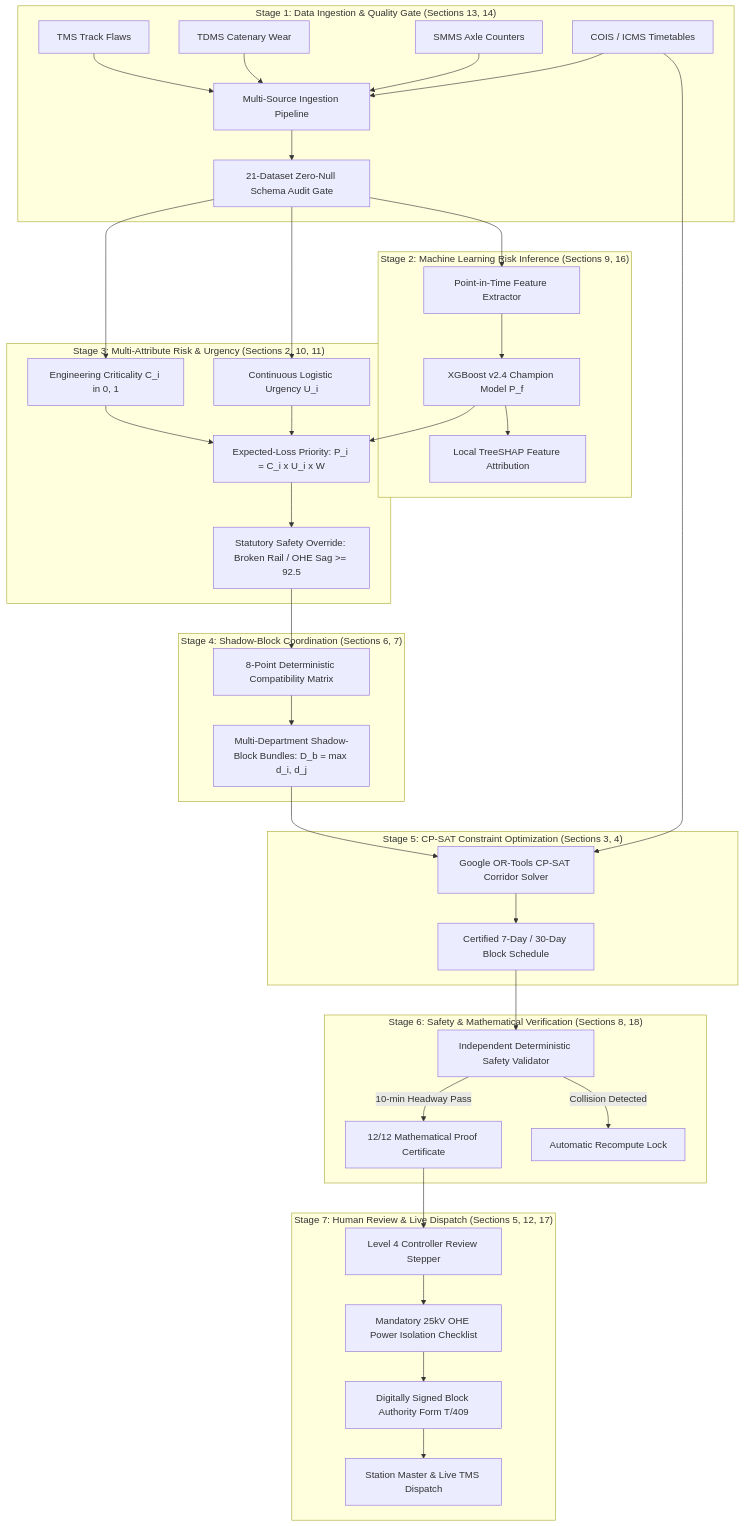
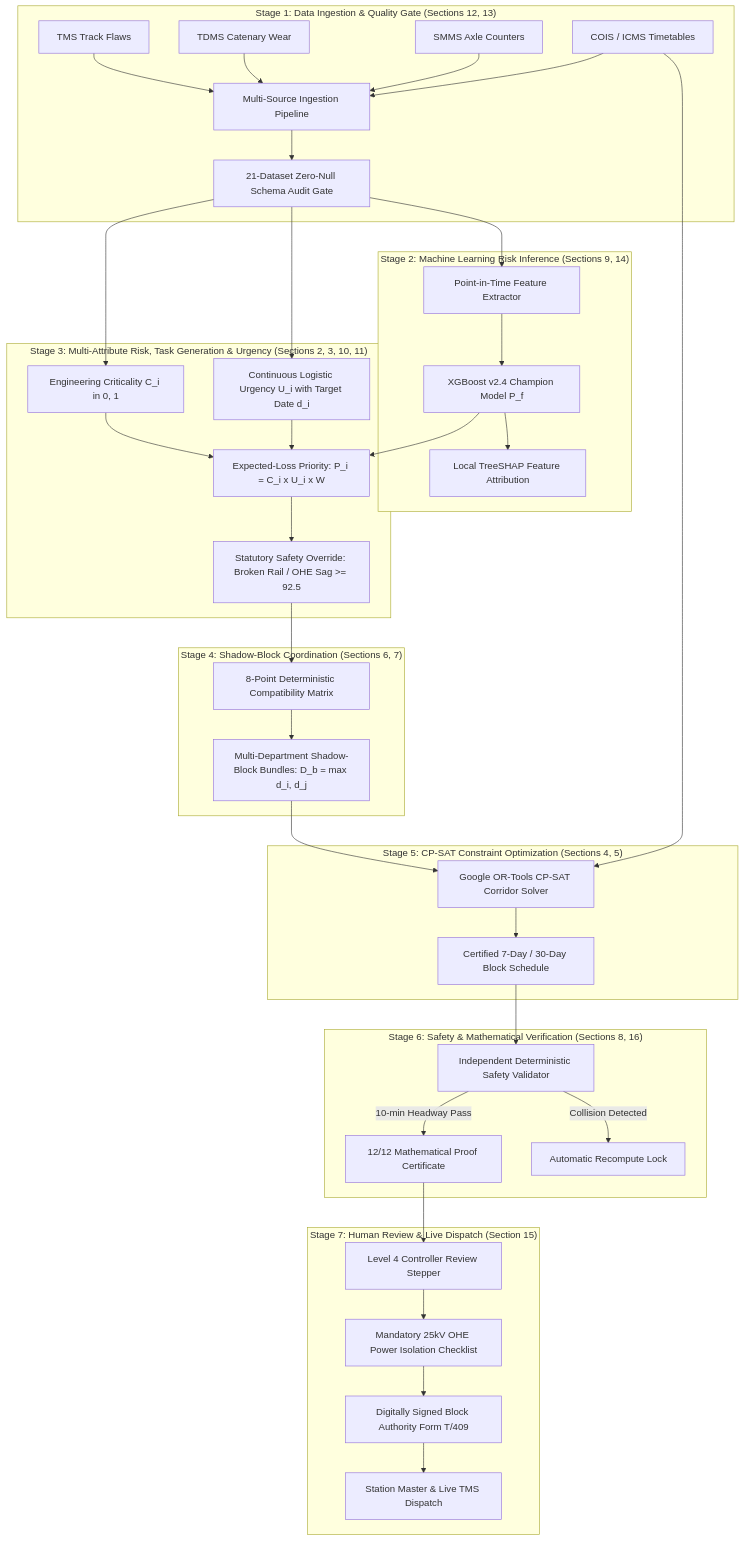
Before and after one commit to sushmitasingh008aug-lgtm/Railway_Project-final-: the second of 2 diagrams in README.md, drawn with Mermaid. The commit also changed other lines of this file, not shown here.

Commit message:
docs: update README to 16-section operational UI, Task Generator with target date picker, and Docker deployment

````diff
--- a/README.md
+++ b/README.md
@@ -164,46 +162,46 @@
 ```mermaid
 flowchart TD
-    subgraph S1["Stage 1: Data Ingestion & Quality Gate (Sections 13, 14)"]
+    subgraph S1["Stage 1: Data Ingestion & Quality Gate (Sections 12, 13)"]
         D1[TMS Track Flaws] --> U[Multi-Source Ingestion Pipeline]
         D2[TDMS Catenary Wear] --> U
         D3[SMMS Axle Counters] --> U
         D4[COIS / ICMS Timetables] --> U
         U --> Q[21-Dataset Zero-Null Schema Audit Gate]
     end
 
-    subgraph S2["Stage 2: Machine Learning Risk Inference (Sections 9, 16)"]
+    subgraph S2["Stage 2: Machine Learning Risk Inference (Sections 9, 14)"]
         Q --> FE[Point-in-Time Feature Extractor]
         FE --> ML[XGBoost v2.4 Champion Model P_f]
         ML --> SHAP[Local TreeSHAP Feature Attribution]
     end
 
-    subgraph S3["Stage 3: Multi-Attribute Risk & Urgency (Sections 2, 10, 11)"]
+    subgraph S3["Stage 3: Multi-Attribute Risk, Task Generation & Urgency (Sections 2, 3, 10, 11)"]
         Q --> CRIT[Engineering Criticality C_i in 0, 1]
-        Q --> URG[Continuous Logistic Urgency U_i]
+        Q --> URG[Continuous Logistic Urgency U_i with Target Date d_i]
         CRIT & ML & URG --> PRIO[Expected-Loss Priority: P_i = C_i x U_i x W]
         PRIO --> OVR[Statutory Safety Override: Broken Rail / OHE Sag >= 92.5]
     end
 
     subgraph S4["Stage 4: Shadow-Block Coordination (Sections 6, 7)"]
         OVR --> COMP[8-Point Deterministic Compatibility Matrix]
         COMP --> BUNDLE[Multi-Department Shadow-Block Bundles: D_b = max d_i, d_j]
     end
 
-    subgraph S5["Stage 5: CP-SAT Constraint Optimization (Sections 3, 4)"]
+    subgraph S5["Stage 5: CP-SAT Constraint Optimization (Sections 4, 5)"]
         BUNDLE & D4 --> SOLVER[Google OR-Tools CP-SAT Corridor Solver]
         SOLVER --> RAW[Certified 7-Day / 30-Day Block Schedule]
     end
 
-    subgraph S6["Stage 6: Safety & Mathematical Verification (Sections 8, 18)"]
+    subgraph S6["Stage 6: Safety & Mathematical Verification (Sections 8, 16)"]
         RAW --> VAL[Independent Deterministic Safety Validator]
         VAL -->|10-min Headway Pass| CERT[12/12 Mathematical Proof Certificate]
         VAL -->|Collision Detected| REJECT[Automatic Recompute Lock]
     end
 
-    subgraph S7["Stage 7: Human Review & Live Dispatch (Sections 5, 12, 17)"]
+    subgraph S7["Stage 7: Human Review & Live Dispatch (Section 15)"]
         CERT --> L4[Level 4 Controller Review Stepper]
         L4 --> CHECK[Mandatory 25kV OHE Power Isolation Checklist]
         CHECK --> SIGN[Digitally Signed Block Authority Form T/409]
         SIGN --> DISPATCH[Station Master & Live TMS Dispatch]
     end
 ```
````
